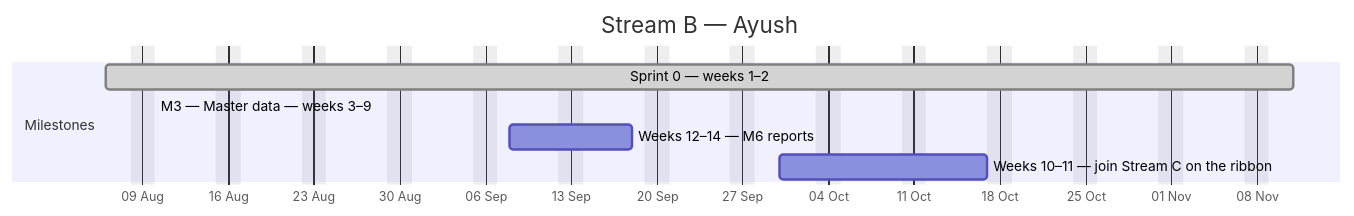
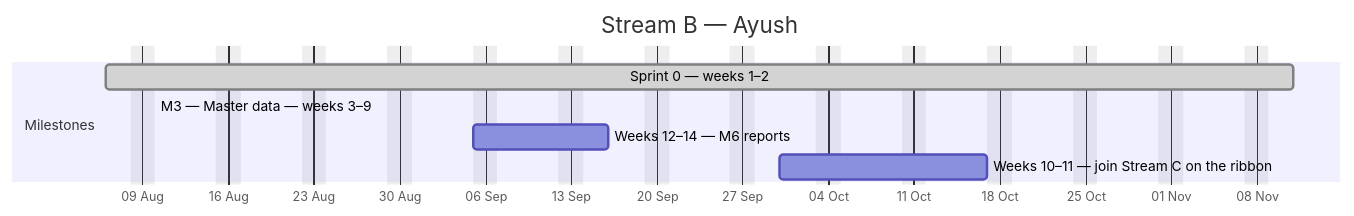
The second of 4 diagrams in docs/plan/GANTT.md (debashisedunext/EduTrack), drawn with Mermaid before and after one commit. The commit also changed other lines of this file and 3 other files, not shown here.

````diff
--- a/docs/plan/GANTT.md
+++ b/docs/plan/GANTT.md
@@ -130,12 +130,12 @@
 ```mermaid
 gantt
     dateFormat YYYY-MM-DD
     axisFormat %d %b
     title Stream B — Ayush
     excludes weekends
     section Milestones
     Sprint 0 — weeks 1–2 :done, b0, 2026-08-06, 69d
     M3 — Master data — weeks 3–9 :active, b1, 2026-08-10, -21d
-    Weeks 12–14 — M6 reports :b2, 2026-09-08, 8d
+    Weeks 12–14 — M6 reports :b2, 2026-09-05, 8d
     Weeks 10–11 — join Stream C on the ribbon :b3, 2026-09-30, 13d
 ```
````
